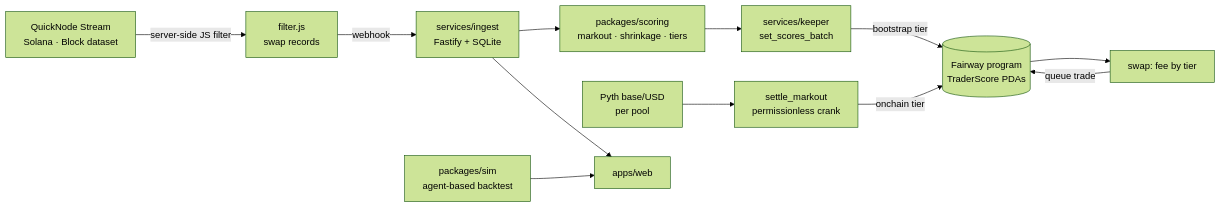
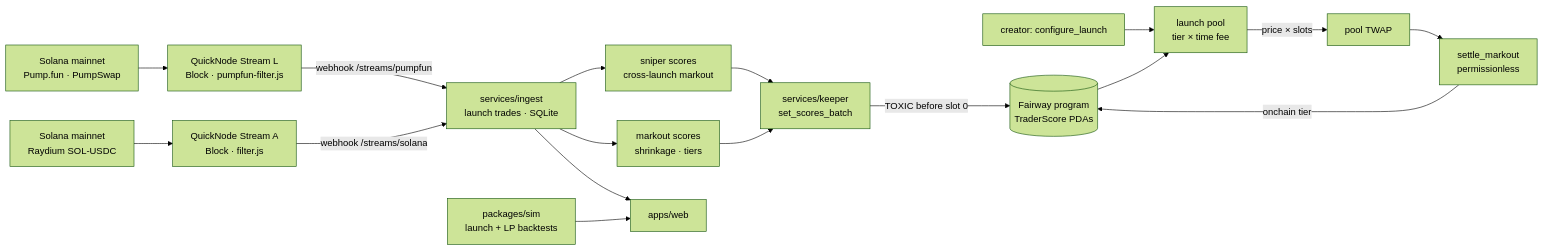
Before and after one commit to parthjatia/fairway: the diagram in README.md, drawn with Mermaid (forest theme). The commit also changed other lines of this file and 8 other files, not shown here.

Commit message:
M16 steps 6-7: docs reframed around Fairway Launch (README, ECONOMICS §8, RISKS §10, PITCH, DEMO_SCRIPT, SETUP_REMAINING, ARCHITECTURE), /how-it-works launch card, final check

````diff
--- a/README.md
+++ b/README.md
@@ -69,14 +76,19 @@
 ```mermaid
 flowchart LR
-  S[QuickNode Stream<br/>Solana · Block dataset] -->|server-side JS filter| F[filter.js<br/>swap records]
-  F -->|webhook| I[services/ingest<br/>Fastify + SQLite]
-  I --> SC[packages/scoring<br/>markout · shrinkage · tiers]
-  SC --> K[services/keeper<br/>set_scores_batch]
-  K -->|bootstrap tier| P[(Fairway program<br/>TraderScore PDAs)]
-  P --> SW[swap: fee by tier]
-  SW -->|queue trade| P
-  PY[Pyth base/USD<br/>per pool] --> ST[settle_markout<br/>permissionless crank]
+  PF[Solana mainnet<br/>Pump.fun · PumpSwap] --> SL[QuickNode Stream L<br/>Block · pumpfun-filter.js]
+  SL -->|webhook /streams/pumpfun| I[services/ingest<br/>launch trades · SQLite]
+  RA[Solana mainnet<br/>Raydium SOL-USDC] --> SA[QuickNode Stream A<br/>Block · filter.js]
+  SA -->|webhook /streams/solana| I
+  I --> SN[sniper scores<br/>cross-launch markout]
+  I --> SC[markout scores<br/>shrinkage · tiers]
+  SN --> K[services/keeper<br/>set_scores_batch]
+  SC --> K
+  K -->|TOXIC before slot 0| P[(Fairway program<br/>TraderScore PDAs)]
+  C[creator: configure_launch] --> L[launch pool<br/>tier × time fee]
+  P --> L
+  L -->|price × slots| T[pool TWAP]
+  T --> ST[settle_markout<br/>permissionless]
   ST -->|onchain tier| P
   I --> W[apps/web]
-  SIM[packages/sim<br/>agent-based backtest] --> W
+  SIM[packages/sim<br/>launch + LP backtests] --> W
 ```
````
